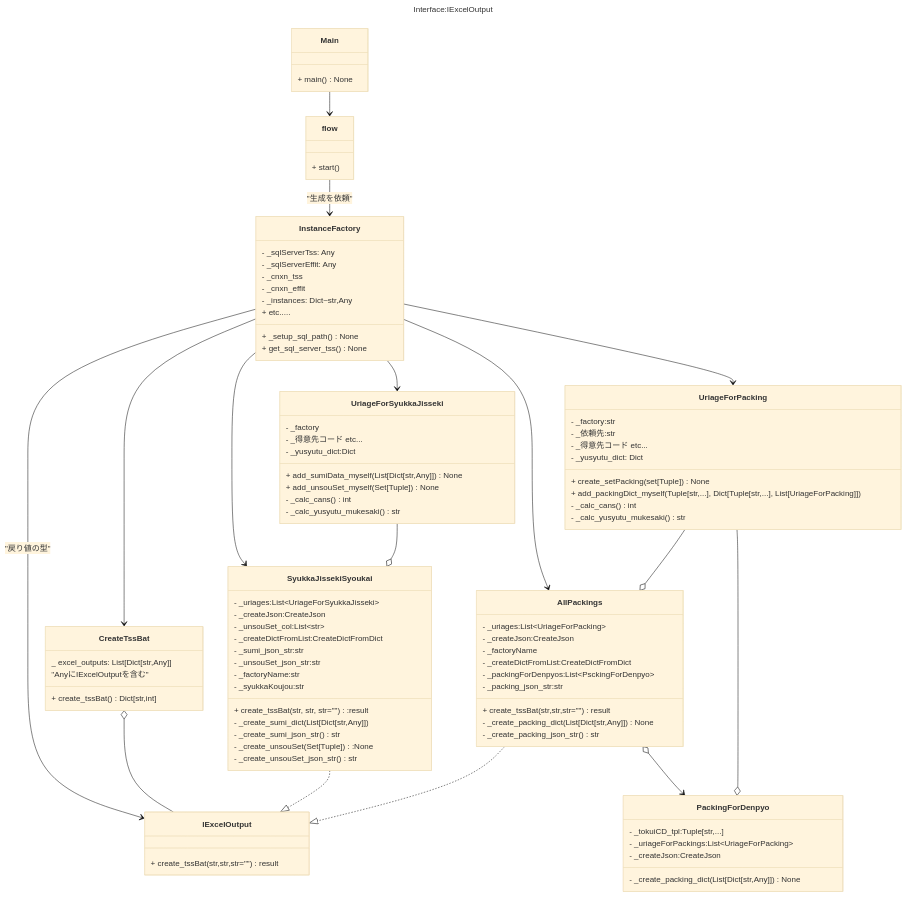
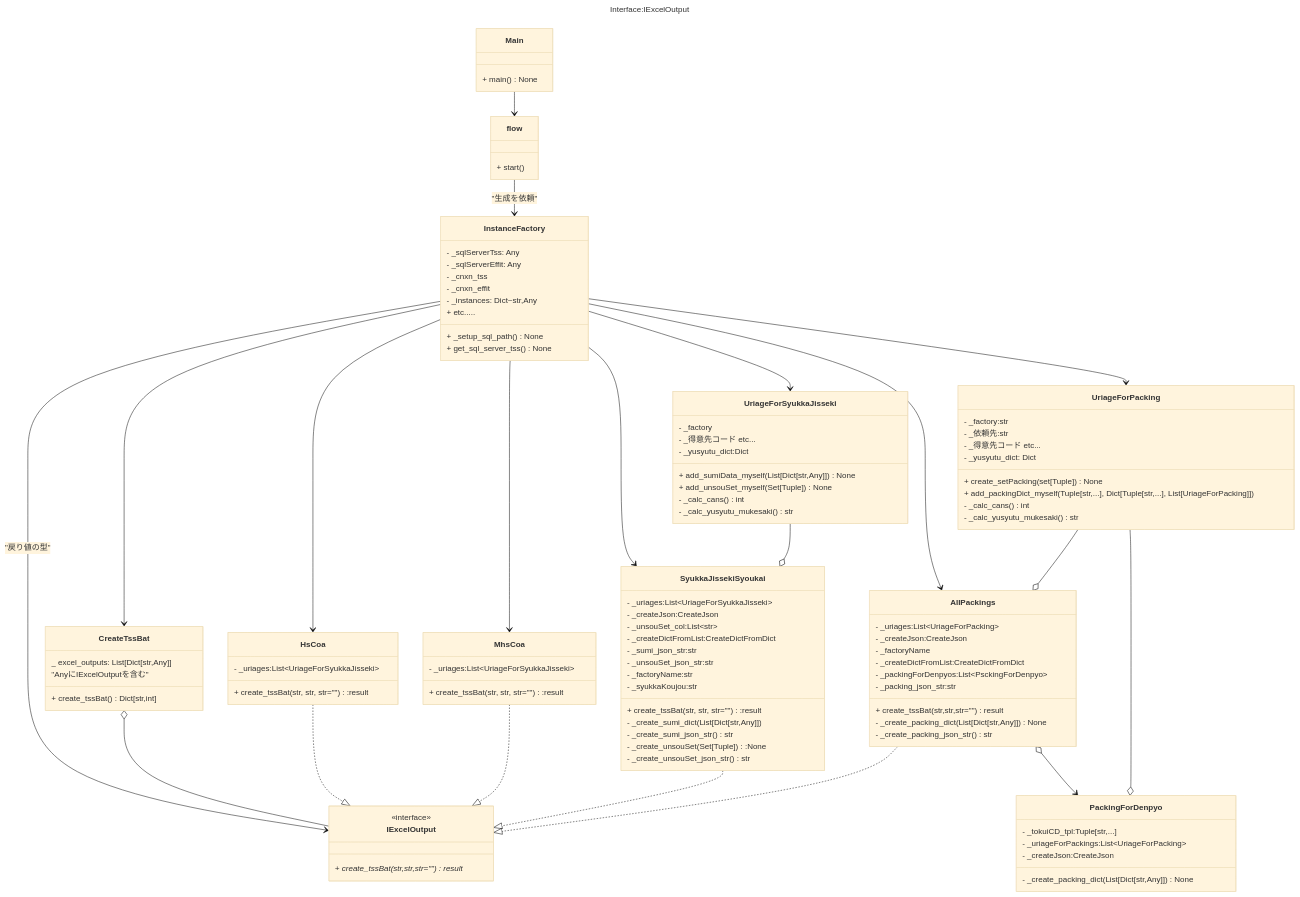
One commit to ogashira/tss_syukka changed the second of 2 diagrams in tss_syukka.md. Above: the diagram before and after it, drawn with Mermaid (base theme). The commit also changed 6 other files, not shown here.

```diff
--- a/tss_syukka.md
+++ b/tss_syukka.md
@@ -98,7 +98,8 @@
     + create_tssBat()Dict[str,int]
 }
 class IExcelOutput{
-    + create_tssBat(str,str,str="")result
+    <<interface>>
+    + create_tssBat(str,str,str="")result*
 }
 class SyukkaJissekiSyoukai{
     - _uriages:List~UriageForSyukkaJisseki~
@@ -151,6 +152,14 @@
     - _calc_cans()int
     - _calc_yusyutu_mukesaki()str
 }
+class HsCoa{
+    - _uriages:List~UriageForSyukkaJisseki~
+    + create_tssBat(str, str, str=""):result
+}
+class MhsCoa{
+    - _uriages:List~UriageForSyukkaJisseki~
+    + create_tssBat(str, str, str=""):result
+}
 Main --> flow
 flow --> InstanceFactory: "生成を依頼"
 
@@ -160,8 +169,12 @@
 InstanceFactory --> AllPackings
 InstanceFactory --> IExcelOutput: "戻り値の型"
 InstanceFactory --> CreateTssBat
+InstanceFactory --> HsCoa
+InstanceFactory --> MhsCoa
 
 CreateTssBat o-- IExcelOutput
+HsCoa ..|> IExcelOutput
+MhsCoa ..|> IExcelOutput
 SyukkaJissekiSyoukai ..|> IExcelOutput
 AllPackings ..|> IExcelOutput
 AllPackings o--> PackingForDenpyo
```
